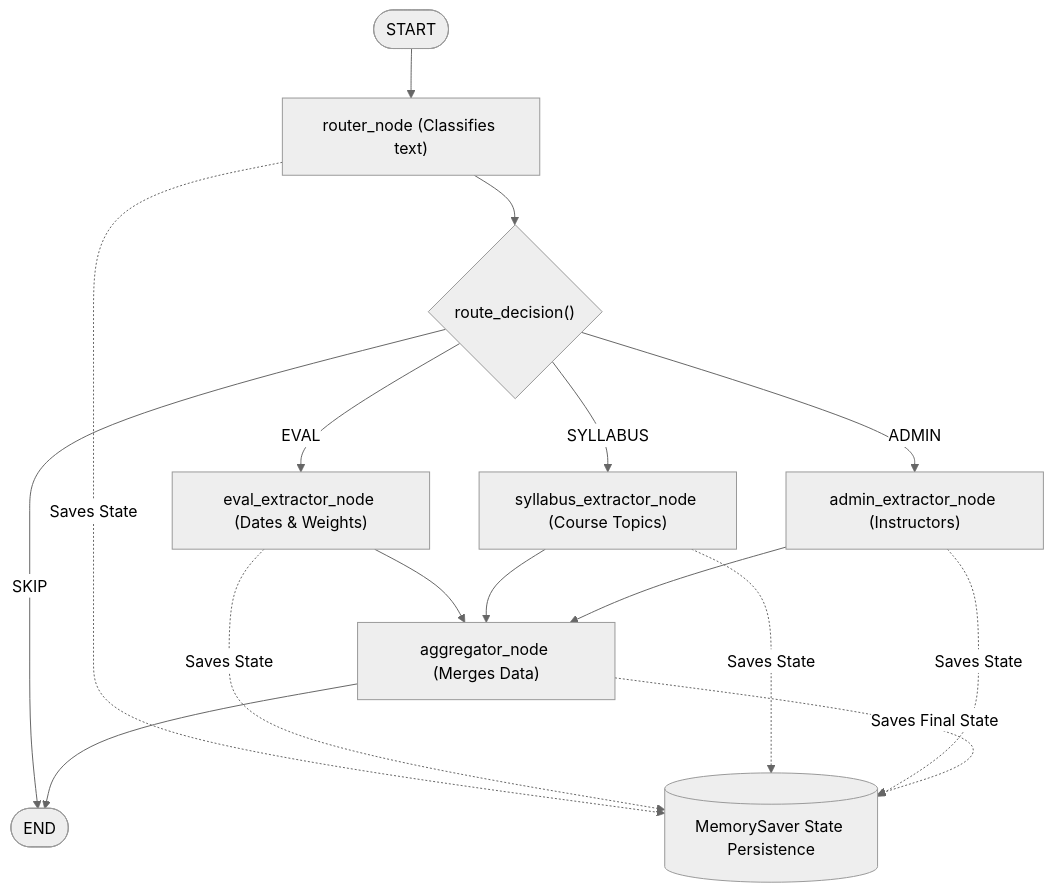
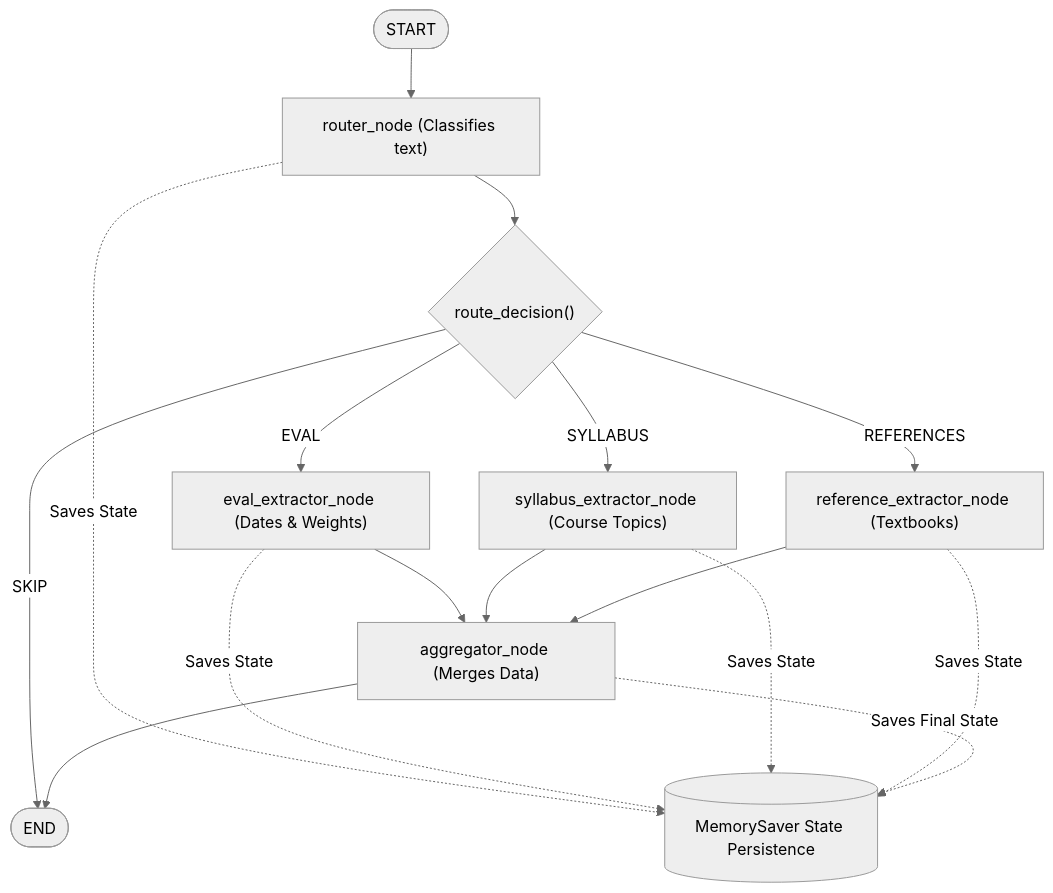
One commit to BlazingFire27/Handout_to_Calender changed the diagram in README.md. Above: the diagram before and after it, drawn with Mermaid (neutral theme). The commit also changed other lines of this file, not shown here.

Commit message:
readme updated

````diff
--- a/README.md
+++ b/README.md
@@ -59,26 +59,26 @@
 ```mermaid
 flowchart TD
     Checkpointer[(MemorySaver State Persistence)]
 
     START([START]) --> RouterNode["router_node (Classifies text)"]
 
     RouterNode --> RouteDecision{"route_decision()"}
 
     RouteDecision -- "EVAL" --> VisionEval["eval_extractor_node (Dates & Weights)"]
     RouteDecision -- "SYLLABUS" --> VisionSyllabus["syllabus_extractor_node (Course Topics)"]
-    RouteDecision -- "ADMIN" --> VisionAdmin["admin_extractor_node (Instructors)"]
+    RouteDecision -- "REFERENCES" --> VisionReference["reference_extractor_node (Textbooks)"]
     RouteDecision -- "SKIP" --> END([END])
 
     VisionEval --> AggregatorNode["aggregator_node (Merges Data)"]
     VisionSyllabus --> AggregatorNode
-    VisionAdmin --> AggregatorNode
+    VisionReference --> AggregatorNode
 
     AggregatorNode --> END
 
     %% Checkpointer connections to show state saving
     RouterNode -. "Saves State" .-> Checkpointer
     VisionEval -. "Saves State" .-> Checkpointer
     VisionSyllabus -. "Saves State" .-> Checkpointer
-    VisionAdmin -. "Saves State" .-> Checkpointer
+    VisionReference -. "Saves State" .-> Checkpointer
     AggregatorNode -. "Saves Final State" .-> Checkpointer
 ```
````
